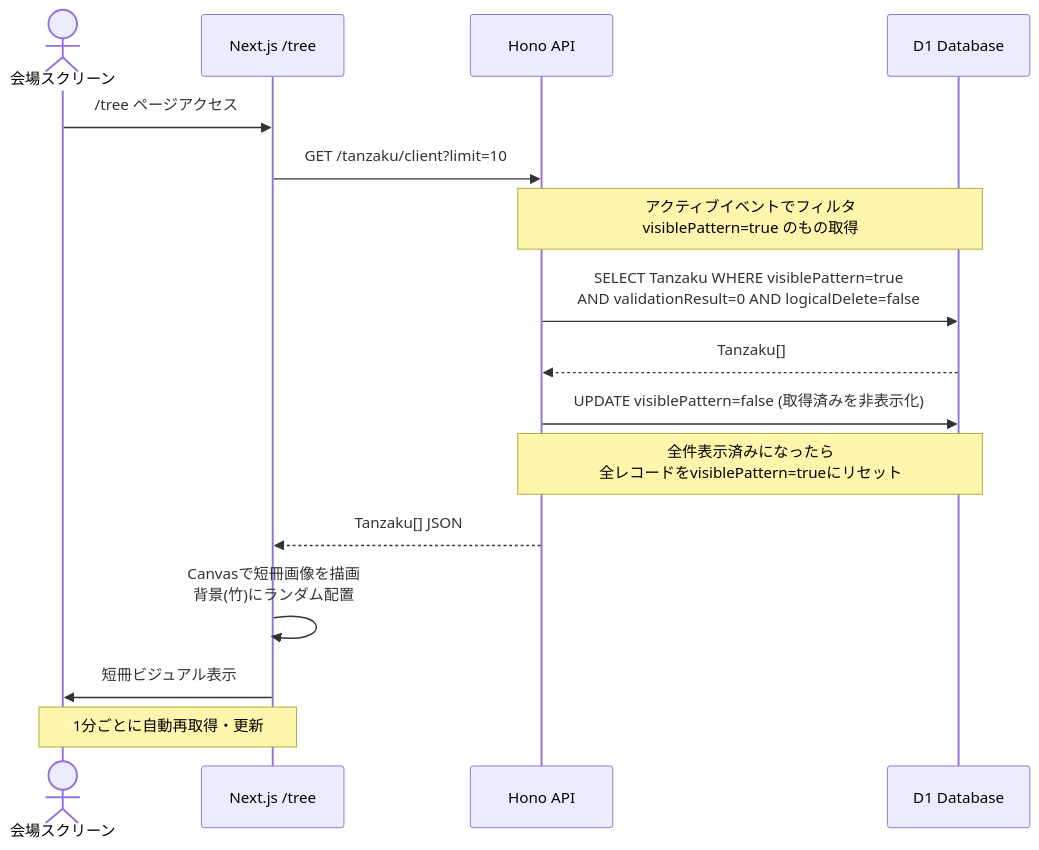
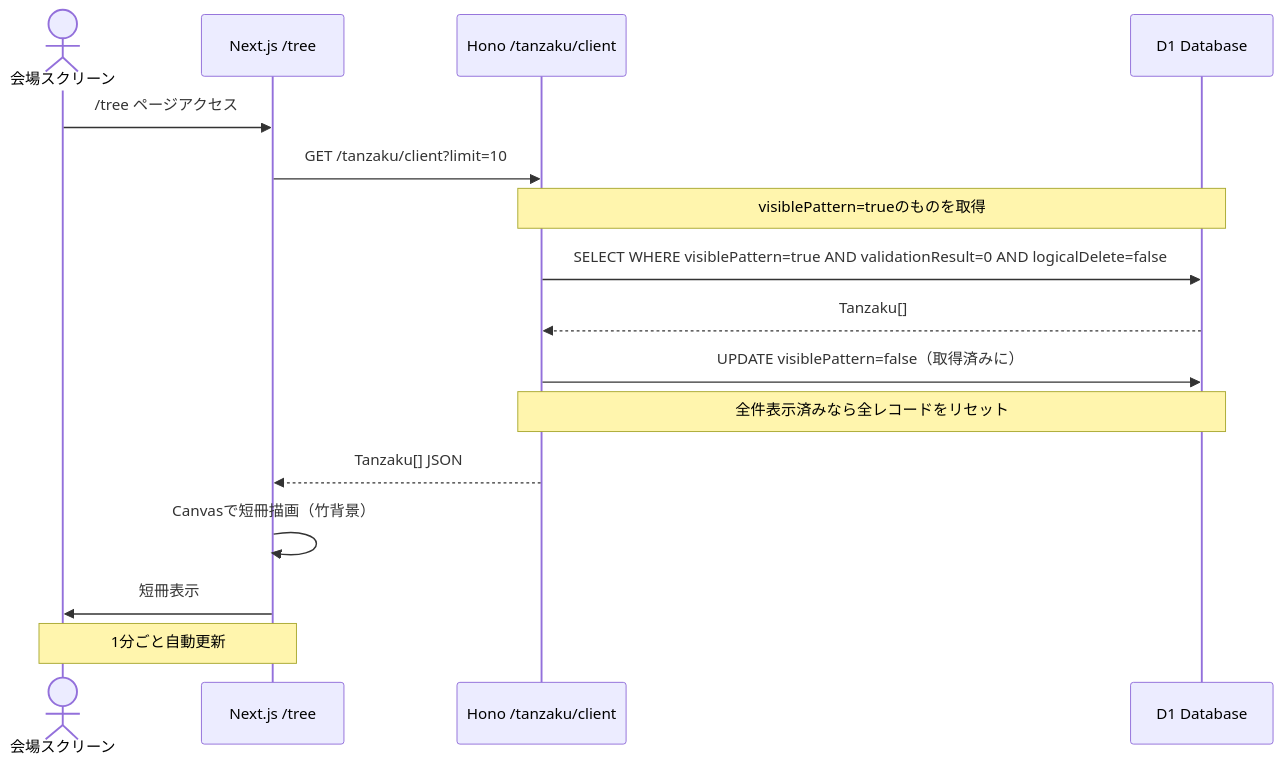
One commit to itl-marubu/tanzakuv2 changed the seventh of 9 diagrams in docs/system-overview.md. Above: the diagram before and after it, drawn with Mermaid. The commit also changed other lines of this file, not shown here.

````diff
--- a/docs/system-overview.md
+++ b/docs/system-overview.md
@@ -320,19 +358,19 @@
 ```mermaid
 sequenceDiagram
     actor Screen as 会場スクリーン
     participant FE as Next.js /tree
-    participant API as Hono API
+    participant API as Hono /tanzaku/client
     participant DB as D1 Database
 
     Screen->>FE: /tree ページアクセス
     FE->>API: GET /tanzaku/client?limit=10
-    Note over API,DB: アクティブイベントでフィルタ<br/>visiblePattern=true のもの取得
-    API->>DB: SELECT Tanzaku WHERE visiblePattern=true<br/>AND validationResult=0 AND logicalDelete=false
+    Note over API,DB: visiblePattern=trueのものを取得
+    API->>DB: SELECT WHERE visiblePattern=true AND validationResult=0 AND logicalDelete=false
     DB-->>API: Tanzaku[]
-    API->>DB: UPDATE visiblePattern=false (取得済みを非表示化)
-    Note over API,DB: 全件表示済みになったら<br/>全レコードをvisiblePattern=trueにリセット
+    API->>DB: UPDATE visiblePattern=false（取得済みに）
+    Note over API,DB: 全件表示済みなら全レコードをリセット
     API-->>FE: Tanzaku[] JSON
-    FE->>FE: Canvasで短冊画像を描画<br/>背景(竹)にランダム配置
-    FE->>Screen: 短冊ビジュアル表示
-    Note over FE,Screen: 1分ごとに自動再取得・更新
+    FE->>FE: Canvasで短冊描画（竹背景）
+    FE->>Screen: 短冊表示
+    Note over FE,Screen: 1分ごと自動更新
 ```
````
